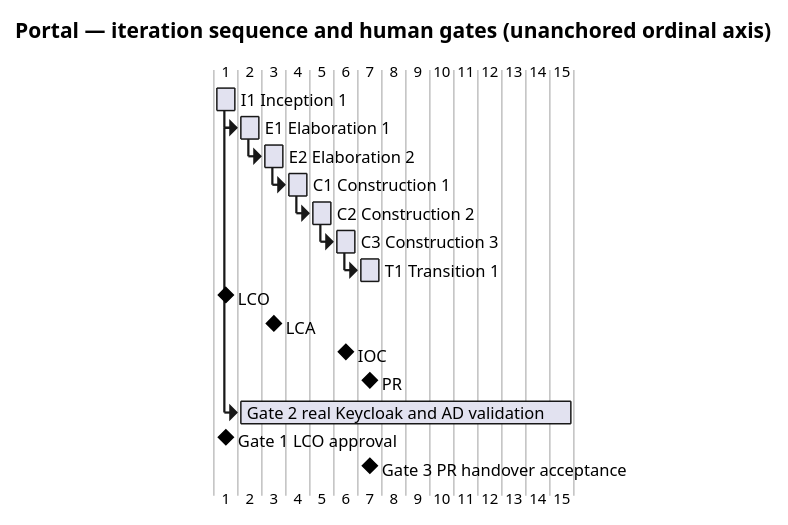
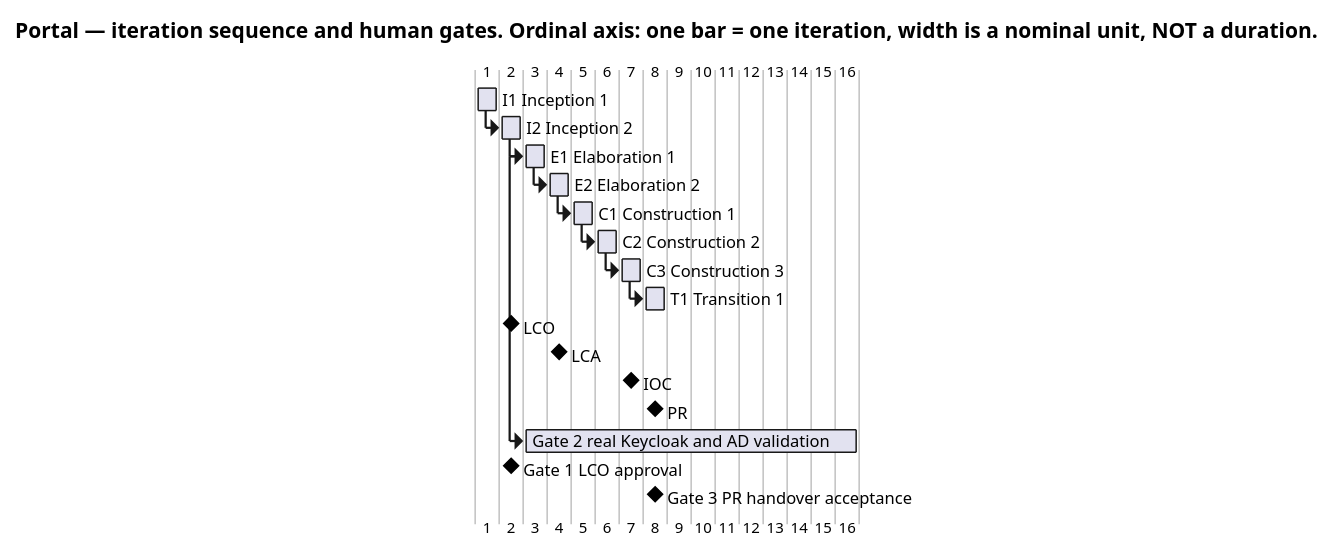
Before and after one commit to banense-test/portal: the second of 3 diagrams in docs/artifacts/project-management/iteration-plan.md, drawn with PlantUML. The commit also changed other lines of this file, not shown here.

First line of the commit message:
Project Manager [I2]: upsert Iteration Plan

````diff
--- a/docs/artifacts/project-management/iteration-plan.md
+++ b/docs/artifacts/project-management/iteration-plan.md
@@ -113,30 +112,35 @@
 ```plantuml
 @startgantt
-title Portal — iteration sequence and human gates (unanchored ordinal axis)
-
+title Portal — iteration sequence and human gates. Ordinal axis: one bar = one iteration, width is a nominal unit, NOT a duration.
 [I1 Inception 1] lasts 1 day
+[I2 Inception 2] lasts 1 day
 [E1 Elaboration 1] lasts 1 day
 [E2 Elaboration 2] lasts 1 day
 [C1 Construction 1] lasts 1 day
 [C2 Construction 2] lasts 1 day
 [C3 Construction 3] lasts 1 day
 [T1 Transition 1] lasts 1 day
-
-[E1 Elaboration 1] starts at [I1 Inception 1]'s end
+[I2 Inception 2] starts at [I1 Inception 1]'s end
+[E1 Elaboration 1] starts at [I2 Inception 2]'s end
 [E2 Elaboration 2] starts at [E1 Elaboration 1]'s end
 [C1 Construction 1] starts at [E2 Elaboration 2]'s end
 [C2 Construction 2] starts at [C1 Construction 1]'s end
 [C3 Construction 3] starts at [C2 Construction 2]'s end
 [T1 Transition 1] starts at [C3 Construction 3]'s end
-
-[LCO] happens at [I1 Inception 1]'s end
+[LCO] happens at [I2 Inception 2]'s end
 [LCA] happens at [E2 Elaboration 2]'s end
 [IOC] happens at [C3 Construction 3]'s end
 [PR] happens at [T1 Transition 1]'s end
-
 [Gate 2 real Keycloak and AD validation] lasts 14 days
 [Gate 2 real Keycloak and AD validation] starts at [E1 Elaboration 1]'s start
-[Gate 1 LCO approval] happens at [I1 Inception 1]'s end
+[Gate 1 LCO approval] happens at [I2 Inception 2]'s end
 [Gate 3 PR handover acceptance] happens at [T1 Transition 1]'s end
+note bottom
+  ORDINAL AXIS, NO CALENDAR. One bar is one iteration and its width is a nominal unit, not a
+  duration. The "1 day" token is PlantUML's syntax for that nominal unit: it is not a measured
+  or estimated duration, and no calendar date is projected from it. No project start date is set.
+  The only measured quantity on this chart is the human gate, in days of queue time, reported
+  apart from agent time and never added to it.
+end note
 @endgantt
 ```
````
